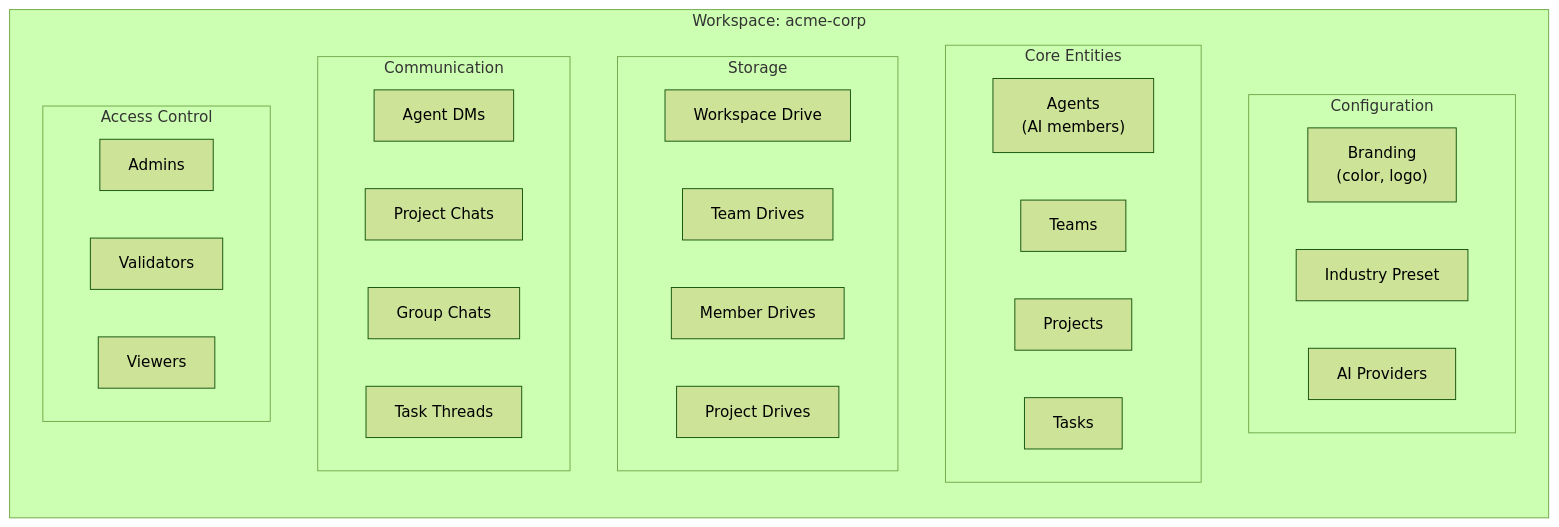
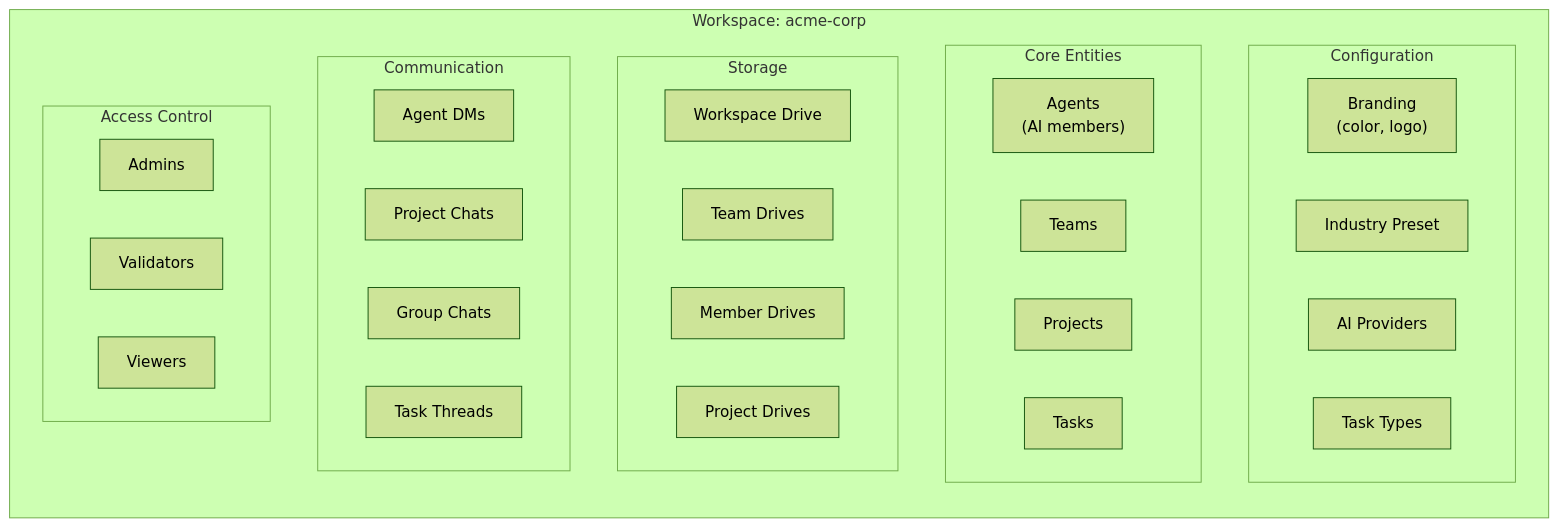
Before and after one commit to pde-rent/monokeros: the first of 4 diagrams in docs/core-concepts/workspaces.md, drawn with Mermaid (forest theme). The commit also changed other lines of this file and 50 other files, not shown here.

````diff
--- a/docs/core-concepts/workspaces.md
+++ b/docs/core-concepts/workspaces.md
@@ -9,40 +9,40 @@
 ```mermaid
 graph TB
     subgraph WS["Workspace: acme-corp"]
         direction TB
 
         subgraph Config["Configuration"]
-            Branding["Branding<br/>(color, logo)"]
+            Branding["Branding\n(color, logo)"]
             Industry["Industry Preset"]
             Providers["AI Providers"]
+            TaskTypes["Task Types"]
         end
 
         subgraph Entities["Core Entities"]
-            Agents["Agents<br/>(AI members)"]
+            Agents["Agents\n(AI members)"]
             Teams["Teams"]
             Projects["Projects"]
             Tasks["Tasks"]
         end
 
         subgraph Storage["Storage"]
             WDrive["Workspace Drive"]
             TDrives["Team Drives"]
             MDrives["Member Drives"]
             PDrives["Project Drives"]
         end
 
         subgraph Comms["Communication"]
             DMs["Agent DMs"]
             PChat["Project Chats"]
             GChat["Group Chats"]
             TThreads["Task Threads"]
         end
 
         subgraph Access["Access Control"]
             Admins["Admins"]
             Validators["Validators"]
             Viewers["Viewers"]
         end
     end
-
 ```
````
